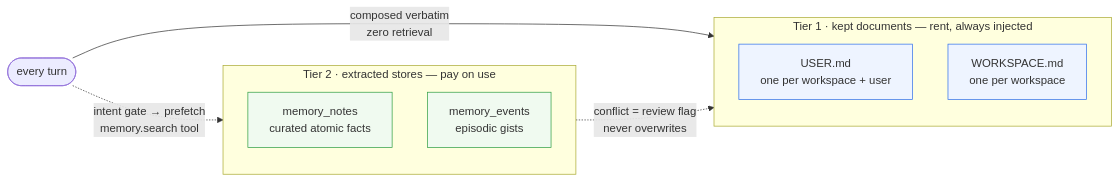
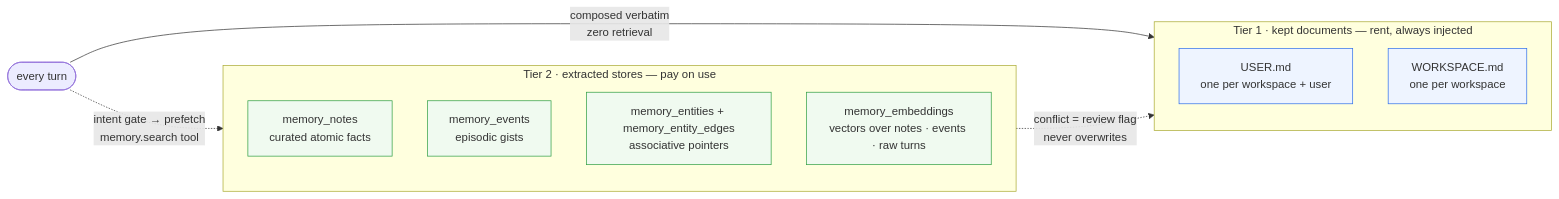
Before and after one commit to oniharnantyo/onclaw: the first of 11 diagrams in docs/memory-system.md, drawn with Mermaid. The commit also changed other lines of this file and 62 other files, not shown here.

First line of the commit message:
feat(memory): wave 3 vectors and entity graph — fused retrieval, raw index, traversal

````diff
--- a/docs/memory-system.md
+++ b/docs/memory-system.md
@@ -10,18 +17,20 @@
 ```mermaid
 flowchart LR
     classDef kept fill:#eef4ff,stroke:#2f6feb
     classDef ex fill:#f0faf0,stroke:#2f9e44
 
     subgraph KEPT["Tier 1 · kept documents — rent, always injected"]
         UD["USER.md<br/>one per workspace + user"]:::kept
         WD["WORKSPACE.md<br/>one per workspace"]:::kept
     end
     subgraph EX["Tier 2 · extracted stores — pay on use"]
         NOTES["memory_notes<br/>curated atomic facts"]:::ex
         EVENTS["memory_events<br/>episodic gists"]:::ex
+        GRAPH["memory_entities + memory_entity_edges<br/>associative pointers"]:::ex
+        VECS["memory_embeddings<br/>vectors over notes · events · raw turns"]:::ex
     end
 
     TURN(["every turn"]) -->|"composed verbatim<br/>zero retrieval"| KEPT
     TURN -.->|"intent gate → prefetch<br/>memory.search tool"| EX
     EX -.->|"conflict = review flag<br/>never overwrites"| KEPT
 ```
````
